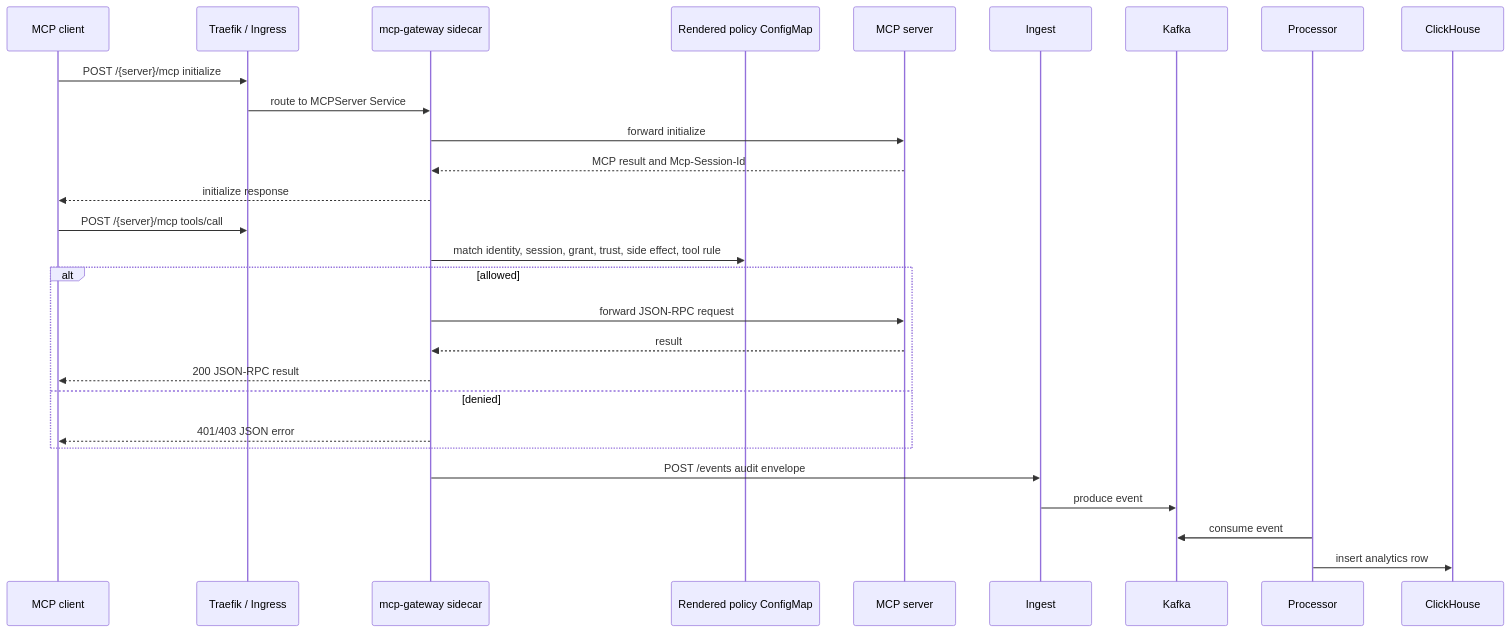
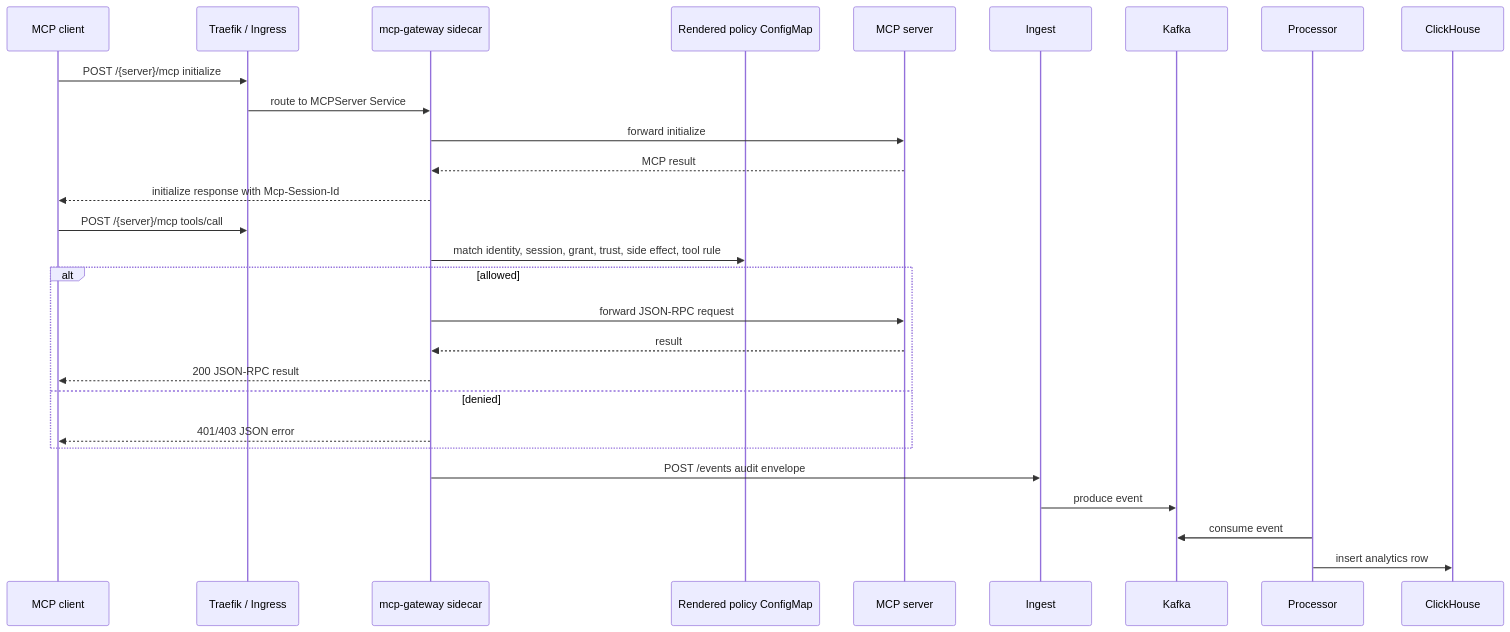
One commit to Agent-Hellboy/mcp-runtime changed the third of 9 diagrams in docs/internals/request-flows.md. Above: the diagram before and after it, drawn with Mermaid.

````diff
--- a/docs/internals/request-flows.md
+++ b/docs/internals/request-flows.md
@@ -69,31 +69,31 @@
 ```mermaid
 sequenceDiagram
     participant Client as MCP client
     participant Ingress as Traefik / Ingress
     participant Gateway as mcp-gateway sidecar
     participant Policy as Rendered policy ConfigMap
     participant Server as MCP server
     participant Ingest
     participant Kafka
     participant Processor
     participant Store as ClickHouse
 
     Client->>Ingress: POST /{server}/mcp initialize
     Ingress->>Gateway: route to MCPServer Service
     Gateway->>Server: forward initialize
-    Server-->>Gateway: MCP result and Mcp-Session-Id
-    Gateway-->>Client: initialize response
+    Server-->>Gateway: MCP result
+    Gateway-->>Client: initialize response with Mcp-Session-Id
     Client->>Ingress: POST /{server}/mcp tools/call
     Gateway->>Policy: match identity, session, grant, trust, side effect, tool rule
     alt allowed
         Gateway->>Server: forward JSON-RPC request
         Server-->>Gateway: result
         Gateway-->>Client: 200 JSON-RPC result
     else denied
         Gateway-->>Client: 401/403 JSON error
     end
     Gateway->>Ingest: POST /events audit envelope
     Ingest->>Kafka: produce event
     Processor->>Kafka: consume event
     Processor->>Store: insert analytics row
 ```
````
